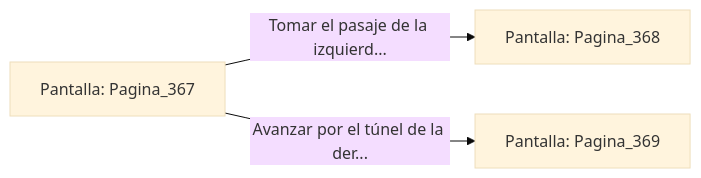
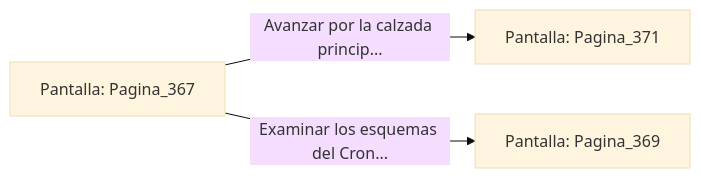
One commit to metsuke/mpl changed the diagram in sample/eligejuego-vault/Pantalla_Pagina_367.md. Above: the diagram before and after it, drawn with Mermaid (base theme). The commit also changed other lines of this file and 635 other files, not shown here.

First line of the commit message:
fix: añadir Pagina_1 como pantalla inicial en capitulo_01.mpl

````diff
--- a/sample/eligejuego-vault/Pantalla_Pagina_367.md
+++ b/sample/eligejuego-vault/Pantalla_Pagina_367.md
@@ -20,6 +24,6 @@
 ```mermaid
 graph LR
     P_Pagina_367["Pantalla: Pagina_367"]
-    P_Pagina_367 -->|"Tomar el pasaje de la izquierd..."| P_Pagina_368["Pantalla: Pagina_368"]
-    P_Pagina_367 -->|"Avanzar por el túnel de la der..."| P_Pagina_369["Pantalla: Pagina_369"]
+    P_Pagina_367 -->|"Avanzar por la calzada princip..."| P_Pagina_371["Pantalla: Pagina_371"]
+    P_Pagina_367 -->|"Examinar los esquemas del Cron..."| P_Pagina_369["Pantalla: Pagina_369"]
 ```
````
